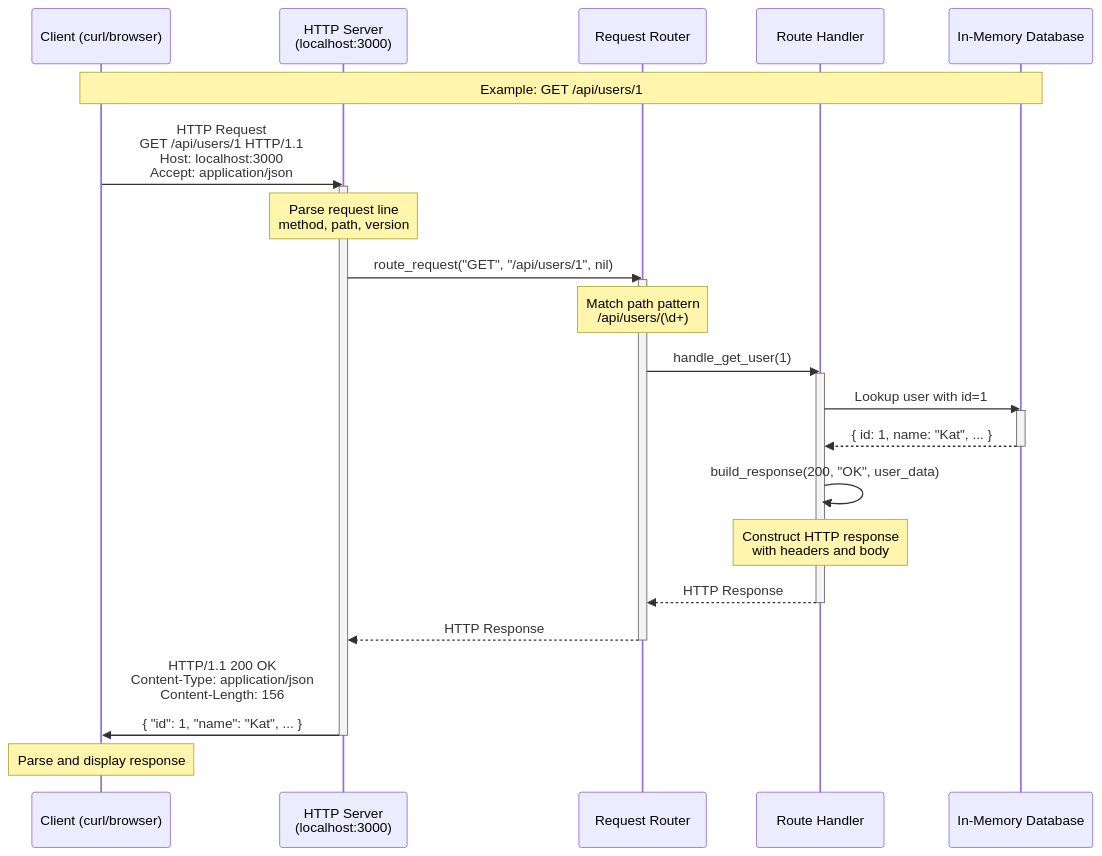
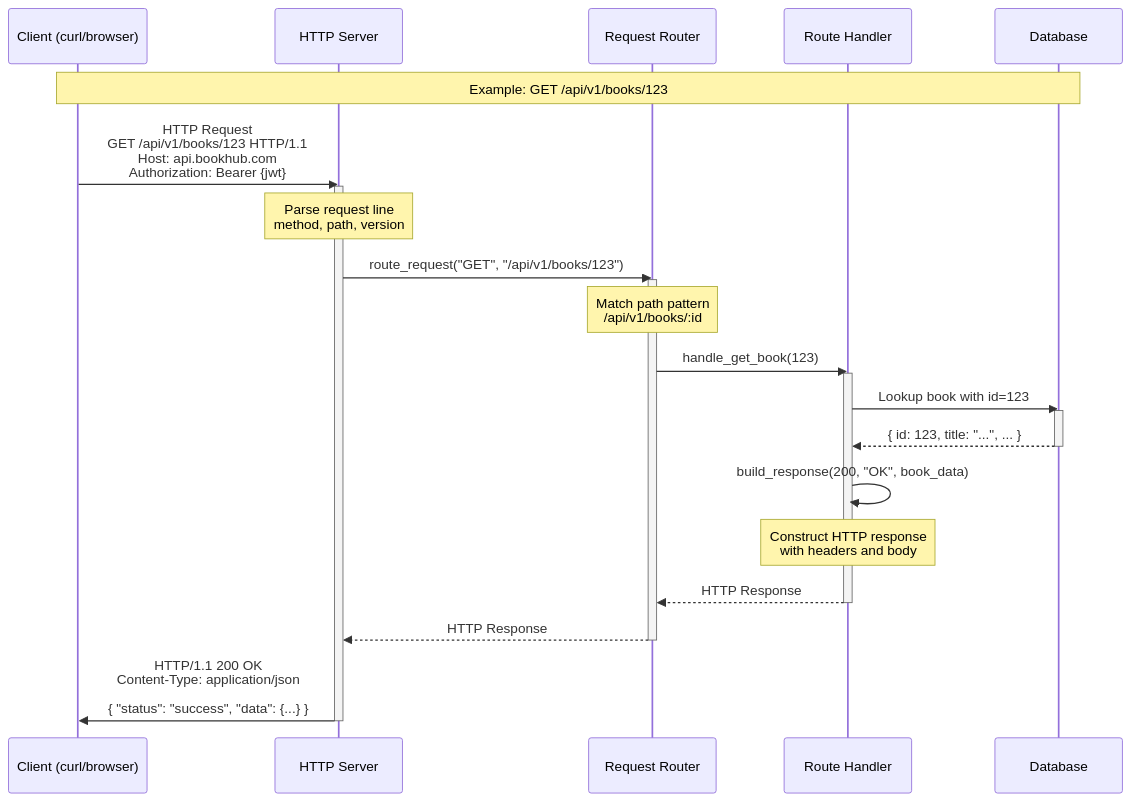
Before and after one commit to kat-perreira/api-design-practice: the diagram in README.md, drawn with Mermaid. The commit also changed other lines of this file and 20 other files, not shown here.

````diff
--- a/README.md
+++ b/README.md
@@ -31,41 +70,39 @@
 ```mermaid
 sequenceDiagram
     participant Client as Client (curl/browser)
-    participant Server as HTTP Server<br/>(localhost:3000)
+    participant Server as HTTP Server
     participant Router as Request Router
     participant Handler as Route Handler
-    participant DB as In-Memory Database
+    participant DB as Database
 
-    Note over Client,DB: Example: GET /api/users/1
+    Note over Client,DB: Example: GET /api/v1/books/123
     
-    Client->>Server: HTTP Request<br/>GET /api/users/1 HTTP/1.1<br/>Host: localhost:3000<br/>Accept: application/json
+    Client->>Server: HTTP Request<br/>GET /api/v1/books/123 HTTP/1.1<br/>Host: api.bookhub.com<br/>Authorization: Bearer {jwt}
     
     activate Server
     Note over Server: Parse request line<br/>method, path, version
     
-    Server->>Router: route_request("GET", "/api/users/1", nil)
+    Server->>Router: route_request("GET", "/api/v1/books/123")
     activate Router
     
-    Note over Router: Match path pattern<br/>/api/users/(\d+)
+    Note over Router: Match path pattern<br/>/api/v1/books/:id
     
-    Router->>Handler: handle_get_user(1)
+    Router->>Handler: handle_get_book(123)
     activate Handler
     
-    Handler->>DB: Lookup user with id=1
+    Handler->>DB: Lookup book with id=123
     activate DB
-    DB-->>Handler: { id: 1, name: "Kat", ... }
+    DB-->>Handler: { id: 123, title: "...", ... }
     deactivate DB
     
-    Handler->>Handler: build_response(200, "OK", user_data)
+    Handler->>Handler: build_response(200, "OK", book_data)
     Note over Handler: Construct HTTP response<br/>with headers and body
     
     Handler-->>Router: HTTP Response
     deactivate Handler
     Router-->>Server: HTTP Response
     deactivate Router
     
-    Server->>Client: HTTP/1.1 200 OK<br/>Content-Type: application/json<br/>Content-Length: 156<br/><br/>{ "id": 1, "name": "Kat", ... }
+    Server->>Client: HTTP/1.1 200 OK<br/>Content-Type: application/json<br/><br/>{ "status": "success", "data": {...} }
     deactivate Server
-    
-    Note over Client: Parse and display response
 ```
````
